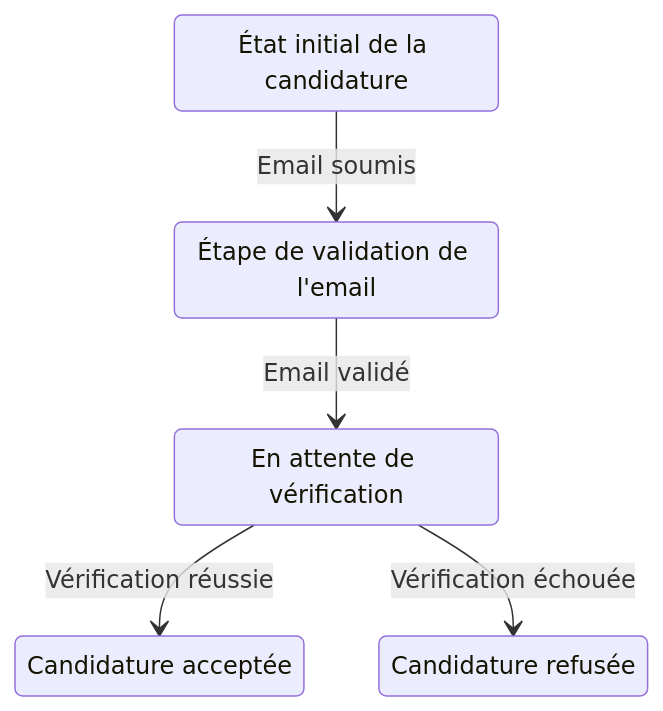
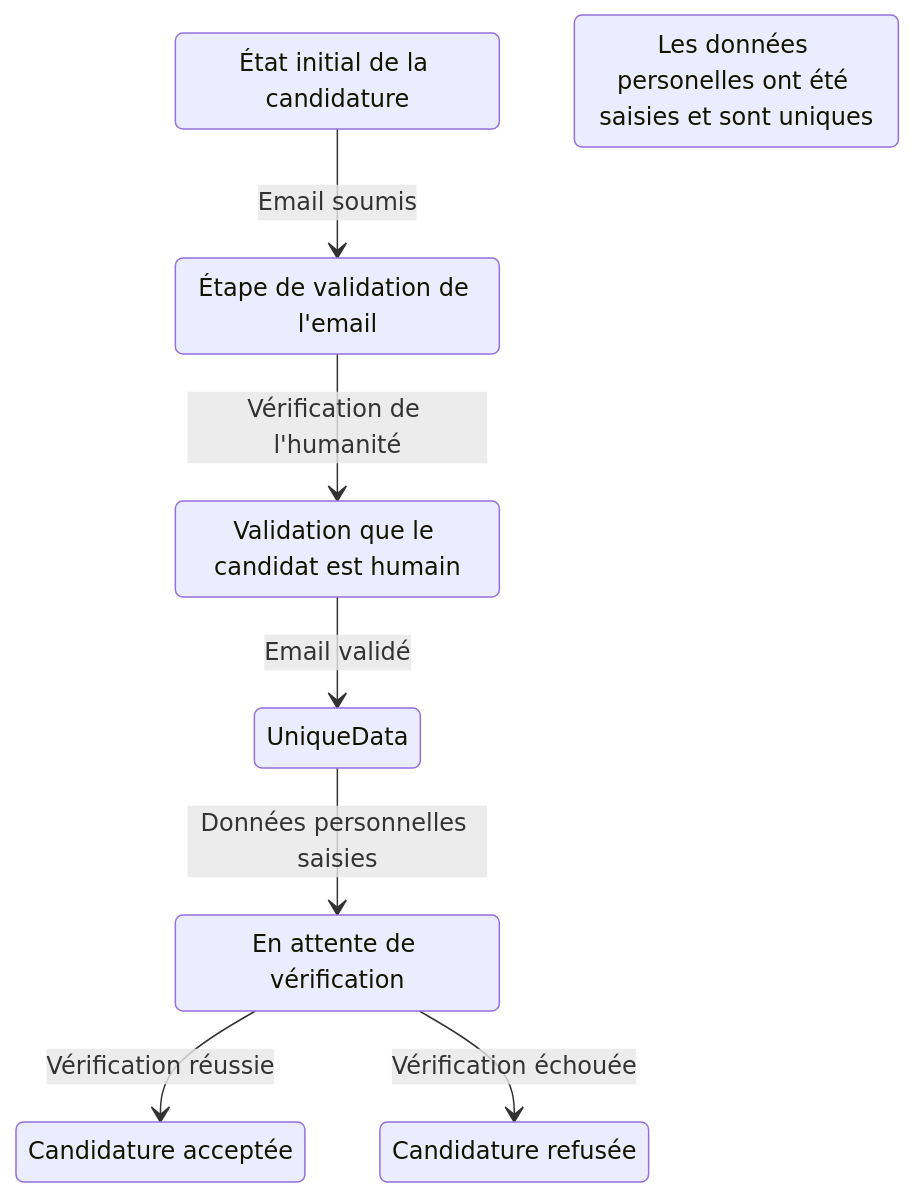
The second of 3 diagrams in docs/fr/Scénarios/Candidature.md (michaellaunay/alirpunkto), drawn with Mermaid before and after one commit. The commit also changed other lines of this file, not shown here.

Commit message:
Improvement of the French documentation of Candidature architecture.

````diff
--- a/docs/fr/Scénarios/Candidature.md
+++ b/docs/fr/Scénarios/Candidature.md
@@ -144,14 +177,18 @@
 ```mermaid
 stateDiagram
     Draft: État initial de la candidature
     EmailValidation: Étape de validation de l'email
+    ConfirmedHuman: Validation que le candidat est humain
+    UniqueDatas: Les données personelles ont été saisies et sont uniques
     Pending: En attente de vérification
     Approved: Candidature acceptée
     Refused: Candidature refusée
 
     Draft --> EmailValidation: Email soumis
-    EmailValidation --> Pending: Email validé
+    EmailValidation --> ConfirmedHuman: Vérification de l'humanité
+    ConfirmedHuman --> UniqueData: Email validé
+    UniqueData --> Pending : Données personnelles saisies
     Pending --> Approved: Vérification réussie
     Pending --> Refused: Vérification échouée
 
 ```
````
